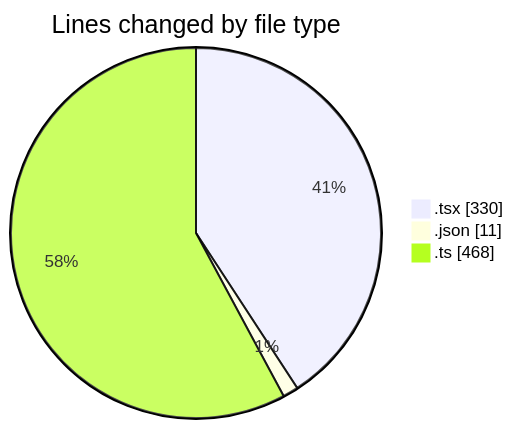
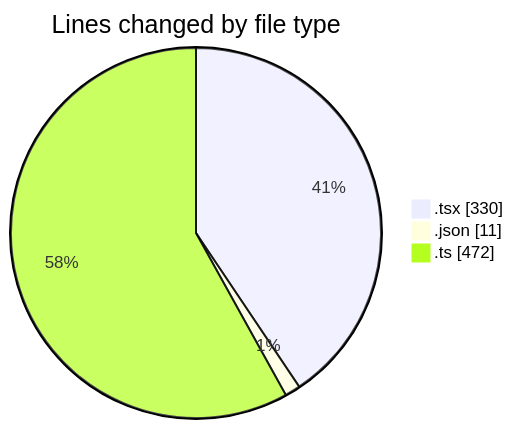
Before and after one commit to momahboobian/code-tracking: the first of 2 diagrams in 2025-05-12/cda/README.md, drawn with Mermaid. The commit also changed other lines of this file and 1 other file, not shown here.

````diff
--- a/2025-05-12/cda/README.md
+++ b/2025-05-12/cda/README.md
@@ -31,7 +31,7 @@
 ```mermaid
 pie showData
 title Lines changed by file type
 ".tsx" : 330
 ".json" : 11
-".ts" : 468
+".ts" : 472
 ```
````
